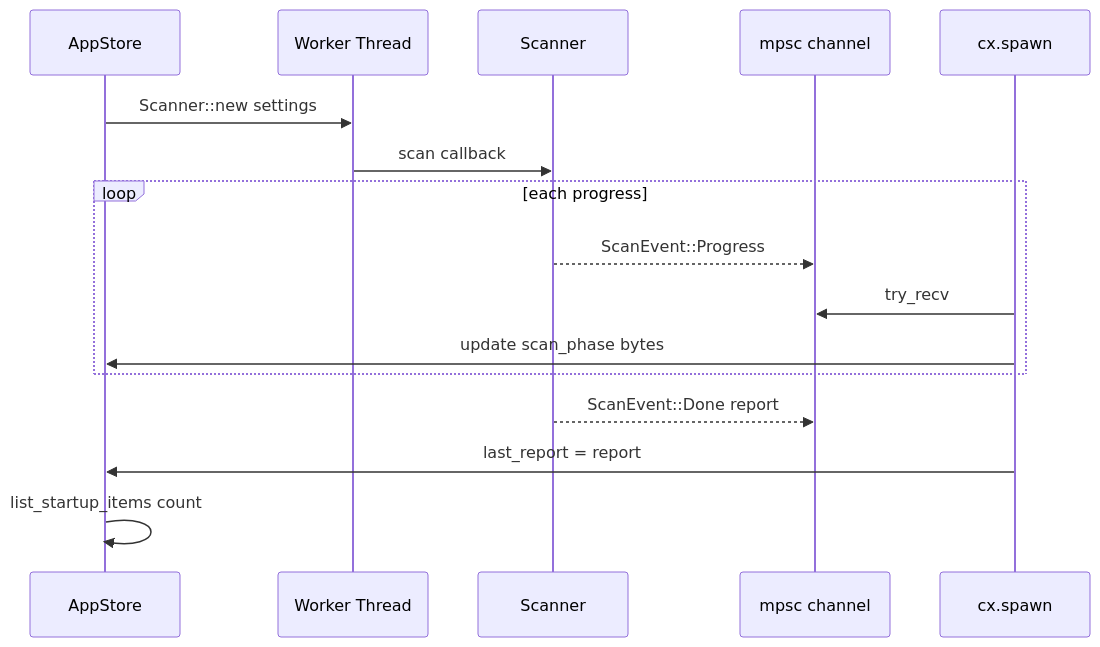
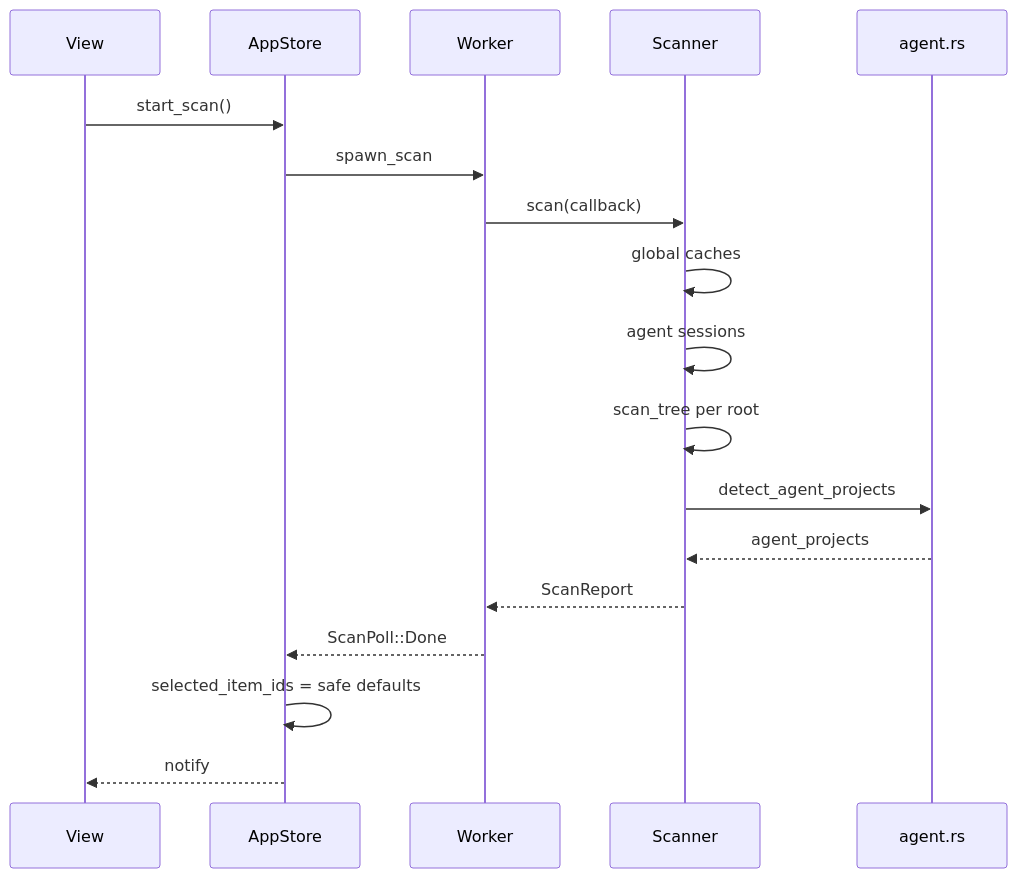
One commit to sopaco/CLV3000-Plus changed the fifth of 7 diagrams in .terrain/human/3.Workflows.md. Above: the diagram before and after it, drawn with Mermaid. The commit also changed other lines of this file and 15 other files, not shown here.

````diff
--- a/.terrain/human/3.Workflows.md
+++ b/.terrain/human/3.Workflows.md
@@ -116,19 +107,21 @@
 ```mermaid
 sequenceDiagram
-    participant UI as AppStore
-    participant Thread as Worker Thread
-    participant Scanner as Scanner
-    participant Chan as mpsc channel
-    participant Spawn as cx.spawn
+    participant UI as View
+    participant S as AppStore
+    participant T as Worker
+    participant Sc as Scanner
+    participant Ag as agent.rs
 
-    UI->>Thread: Scanner::new settings
-    Thread->>Scanner: scan callback
-    loop each progress
-        Scanner-->>Chan: ScanEvent::Progress
-        Spawn->>Chan: try_recv
-        Spawn->>UI: update scan_phase bytes
-    end
-    Scanner-->>Chan: ScanEvent::Done report
-    Spawn->>UI: last_report = report
-    UI->>UI: list_startup_items count
+    UI->>S: start_scan()
+    S->>T: spawn_scan
+    T->>Sc: scan(callback)
+    Sc->>Sc: global caches
+    Sc->>Sc: agent sessions
+    Sc->>Sc: scan_tree per root
+    Sc->>Ag: detect_agent_projects
+    Ag-->>Sc: agent_projects
+    Sc-->>T: ScanReport
+    T-->>S: ScanPoll::Done
+    S->>S: selected_item_ids = safe defaults
+    S-->>UI: notify
 ```
````
